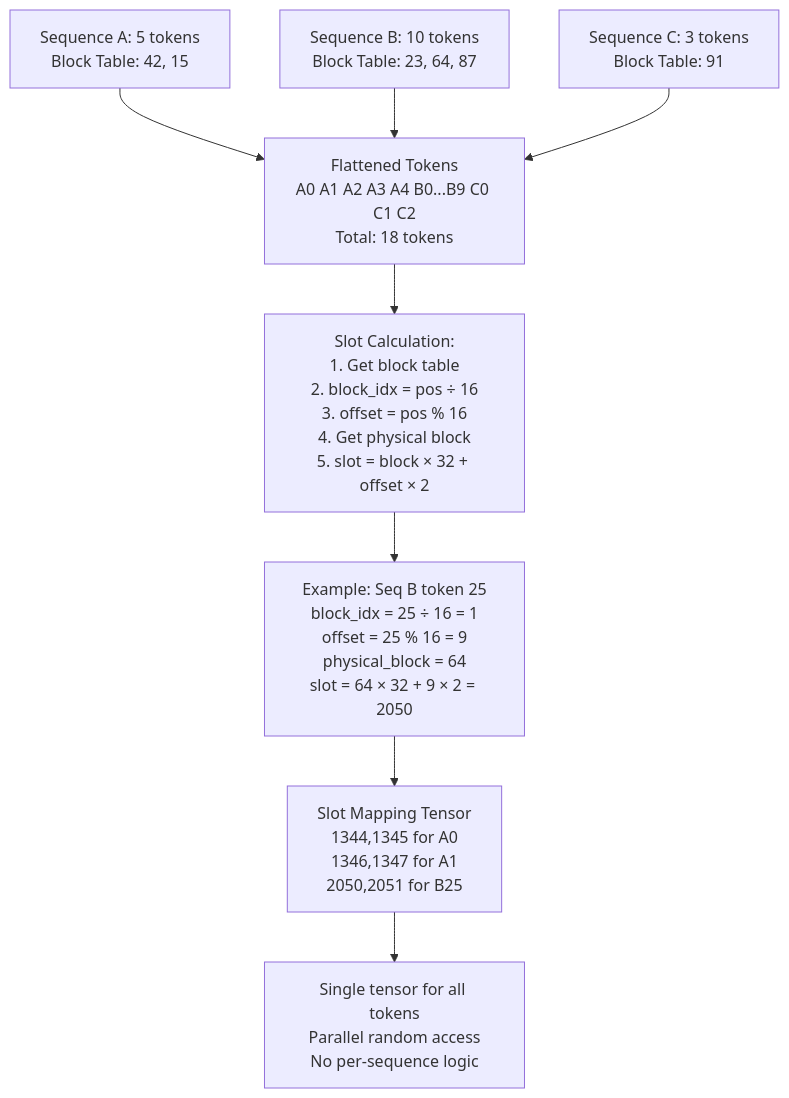
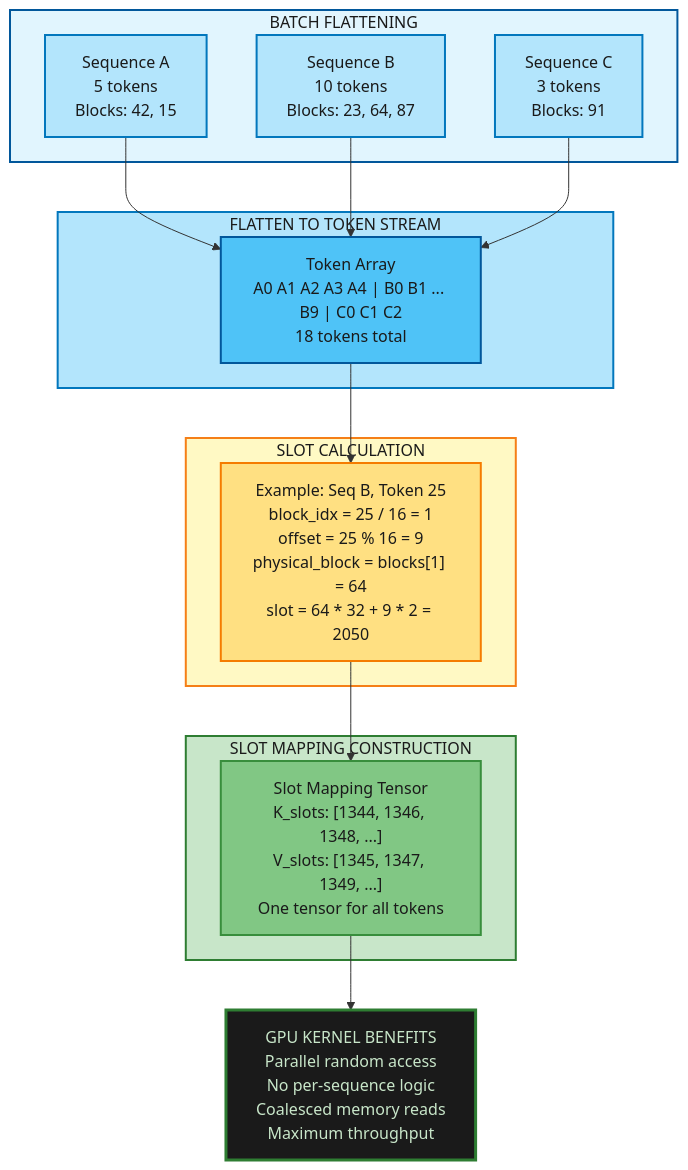
The seventh of 9 diagrams in lab0.3/README.md (Shahriarin2garden/vllm_from_scratch), drawn with Mermaid before and after one commit. The commit also changed other lines of this file, not shown here.

Commit message:
Enhance Lab 0.3 README with detailed diagrams for KV cache operations, memory fragmentation, and performance metrics

````diff
--- a/lab0.3/README.md
+++ b/lab0.3/README.md
@@ -581,24 +658,41 @@
 ```mermaid
 graph TD
-    S1[Sequence A: 5 tokens<br/>Block Table: 42, 15]
-    S2[Sequence B: 10 tokens<br/>Block Table: 23, 64, 87]
-    S3[Sequence C: 3 tokens<br/>Block Table: 91]
+    subgraph BATCH["BATCH FLATTENING"]
+        S1["Sequence A<br/>5 tokens<br/>Blocks: 42, 15"]
+        S2["Sequence B<br/>10 tokens<br/>Blocks: 23, 64, 87"]
+        S3["Sequence C<br/>3 tokens<br/>Blocks: 91"]
+    end
     
-    TP[Flattened Tokens<br/>A0 A1 A2 A3 A4 B0...B9 C0 C1 C2<br/>Total: 18 tokens]
+    subgraph FLAT["FLATTEN TO TOKEN STREAM"]
+        TP["Token Array<br/>A0 A1 A2 A3 A4 | B0 B1 ... B9 | C0 C1 C2<br/>18 tokens total"]
+    end
     
-    SC1[Slot Calculation:<br/>1. Get block table<br/>2. block_idx = pos ÷ 16<br/>3. offset = pos % 16<br/>4. Get physical block<br/>5. slot = block × 32 + offset × 2]
+    subgraph CALC["SLOT CALCULATION"]
+        EX["Example: Seq B, Token 25<br/>block_idx = 25 / 16 = 1<br/>offset = 25 % 16 = 9<br/>physical_block = blocks[1] = 64<br/>slot = 64 * 32 + 9 * 2 = 2050"]
+    end
     
-    Example[Example: Seq B token 25<br/>block_idx = 25 ÷ 16 = 1<br/>offset = 25 % 16 = 9<br/>physical_block = 64<br/>slot = 64 × 32 + 9 × 2 = 2050]
+    subgraph MAPPING["SLOT MAPPING CONSTRUCTION"]
+        SM["Slot Mapping Tensor<br/>K_slots: [1344, 1346, 1348, ...]<br/>V_slots: [1345, 1347, 1349, ...]<br/>One tensor for all tokens"]
+    end
     
-    SM[Slot Mapping Tensor<br/>1344,1345 for A0<br/>1346,1347 for A1<br/>2050,2051 for B25]
-    
-    Note[Single tensor for all tokens<br/>Parallel random access<br/>No per-sequence logic]
+    EXECUTION["GPU KERNEL BENEFITS<br/>Parallel random access<br/>No per-sequence logic<br/>Coalesced memory reads<br/>Maximum throughput"]
     
     S1 --> TP
     S2 --> TP
     S3 --> TP
-    TP --> SC1
-    SC1 --> Example
-    Example --> SM
-    SM --> Note
+    TP --> EX
+    EX --> SM
+    SM --> EXECUTION
+    
+    style BATCH fill:#e1f5fe,stroke:#01579b,stroke-width:2px,color:#1a1a1a
+    style S1 fill:#b3e5fc,stroke:#0277bd,stroke-width:2px,color:#1a1a1a
+    style S2 fill:#b3e5fc,stroke:#0277bd,stroke-width:2px,color:#1a1a1a
+    style S3 fill:#b3e5fc,stroke:#0277bd,stroke-width:2px,color:#1a1a1a
+    style FLAT fill:#b3e5fc,stroke:#0277bd,stroke-width:2px,color:#1a1a1a
+    style TP fill:#4fc3f7,stroke:#01579b,stroke-width:2px,color:#1a1a1a
+    style CALC fill:#fff9c4,stroke:#f57f17,stroke-width:2px,color:#1a1a1a
+    style EX fill:#ffe082,stroke:#f57c00,stroke-width:2px,color:#1a1a1a
+    style MAPPING fill:#c8e6c9,stroke:#2e7d32,stroke-width:2px,color:#1a1a1a
+    style SM fill:#81c784,stroke:#388e3c,stroke-width:2px,color:#1a1a1a
+    style EXECUTION fill:#1a1a1a,color:#c8e6c9,stroke:#2e7d32,stroke-width:3px
 ```
````
